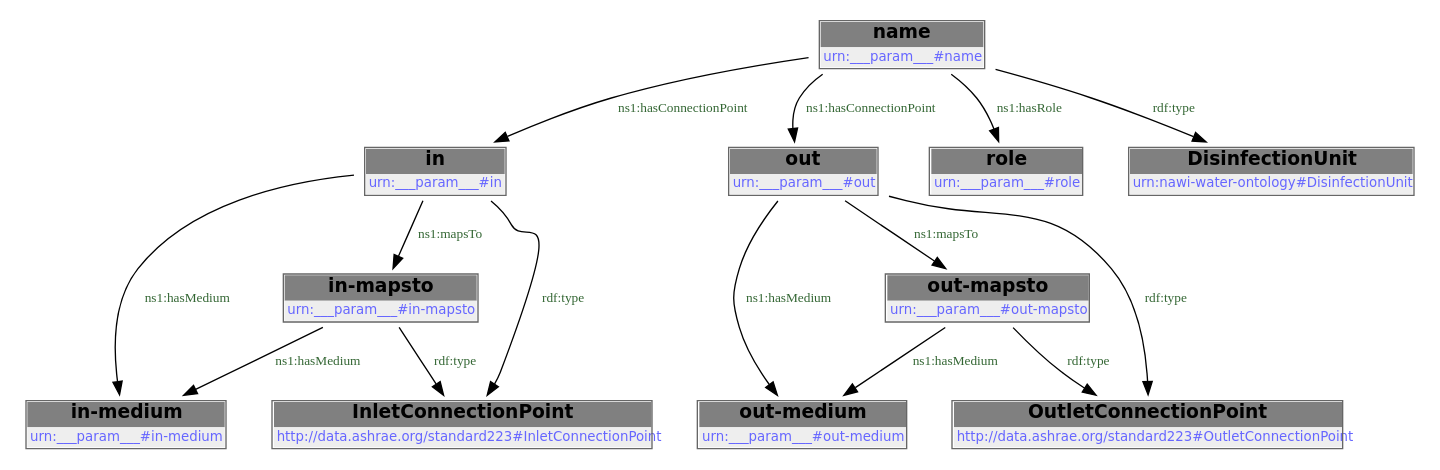
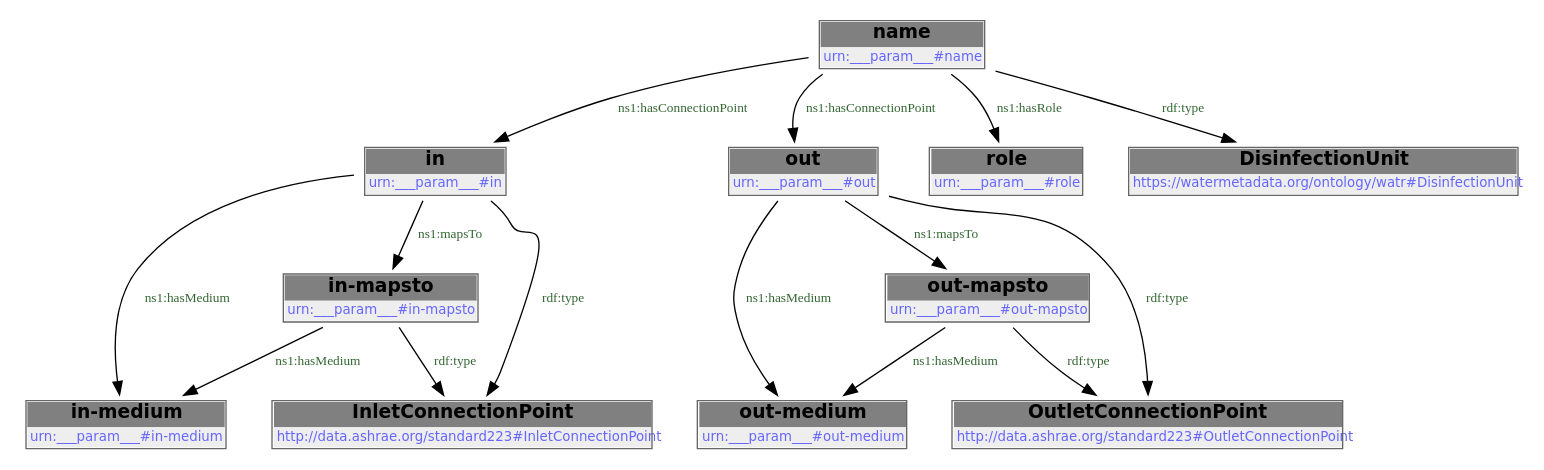
One commit to DataDrivenCPS/water-ontology changed the second of 2 diagrams in docs/libraries/templates/contact-chamber.rst. Above: the diagram before and after it, drawn with Graphviz. The commit also changed other lines of this file and 43 other files, not shown here.

First line of the commit message:
feat: move ontology to https://watermetadata.org base URI

```diff
--- a/docs/libraries/templates/contact-chamber.rst
+++ b/docs/libraries/templates/contact-chamber.rst
@@ -96,30 +96,30 @@
         .. graphviz::
 
                 digraph G {
             node [fontname="DejaVu Sans"];
             node0 -> node1 [color=BLACK, label=< <font point-size='10' color='#336633'>ns1:hasMedium</font> >];
             node2 -> node3 [color=BLACK, label=< <font point-size='10' color='#336633'>ns1:hasMedium</font> >];
             node4 -> node2 [color=BLACK, label=< <font point-size='10' color='#336633'>ns1:hasConnectionPoint</font> >];
             node4 -> node5 [color=BLACK, label=< <font point-size='10' color='#336633'>ns1:hasConnectionPoint</font> >];
             node6 -> node3 [color=BLACK, label=< <font point-size='10' color='#336633'>ns1:hasMedium</font> >];
             node4 -> node7 [color=BLACK, label=< <font point-size='10' color='#336633'>ns1:hasRole</font> >];
             node5 -> node1 [color=BLACK, label=< <font point-size='10' color='#336633'>ns1:hasMedium</font> >];
             node5 -> node8 [color=BLACK, label=< <font point-size='10' color='#336633'>rdf:type</font> >];
             node5 -> node0 [color=BLACK, label=< <font point-size='10' color='#336633'>ns1:mapsTo</font> >];
             node2 -> node9 [color=BLACK, label=< <font point-size='10' color='#336633'>rdf:type</font> >];
             node0 -> node8 [color=BLACK, label=< <font point-size='10' color='#336633'>rdf:type</font> >];
             node6 -> node9 [color=BLACK, label=< <font point-size='10' color='#336633'>rdf:type</font> >];
             node2 -> node6 [color=BLACK, label=< <font point-size='10' color='#336633'>ns1:mapsTo</font> >];
             node4 -> node10 [color=BLACK, label=< <font point-size='10' color='#336633'>rdf:type</font> >];
             node0 [shape=none, color=black, label=< <table color='#666666' cellborder='0' cellspacing='0' border='1'><tr><td colspan='2' bgcolor='grey'><B>out-mapsto</B></td></tr><tr><td href='urn:___param___#out-mapsto' bgcolor='#eeeeee' colspan='2'><font point-size='10' color='#6666ff'>urn:___param___#out-mapsto</font></td></tr></table> >];
             node1 [shape=none, color=black, label=< <table color='#666666' cellborder='0' cellspacing='0' border='1'><tr><td colspan='2' bgcolor='grey'><B>out-medium</B></td></tr><tr><td href='urn:___param___#out-medium' bgcolor='#eeeeee' colspan='2'><font point-size='10' color='#6666ff'>urn:___param___#out-medium</font></td></tr></table> >];
             node2 [shape=none, color=black, label=< <table color='#666666' cellborder='0' cellspacing='0' border='1'><tr><td colspan='2' bgcolor='grey'><B>in</B></td></tr><tr><td href='urn:___param___#in' bgcolor='#eeeeee' colspan='2'><font point-size='10' color='#6666ff'>urn:___param___#in</font></td></tr></table> >];
             node3 [shape=none, color=black, label=< <table color='#666666' cellborder='0' cellspacing='0' border='1'><tr><td colspan='2' bgcolor='grey'><B>in-medium</B></td></tr><tr><td href='urn:___param___#in-medium' bgcolor='#eeeeee' colspan='2'><font point-size='10' color='#6666ff'>urn:___param___#in-medium</font></td></tr></table> >];
             node4 [shape=none, color=black, label=< <table color='#666666' cellborder='0' cellspacing='0' border='1'><tr><td colspan='2' bgcolor='grey'><B>name</B></td></tr><tr><td href='urn:___param___#name' bgcolor='#eeeeee' colspan='2'><font point-size='10' color='#6666ff'>urn:___param___#name</font></td></tr></table> >];
             node5 [shape=none, color=black, label=< <table color='#666666' cellborder='0' cellspacing='0' border='1'><tr><td colspan='2' bgcolor='grey'><B>out</B></td></tr><tr><td href='urn:___param___#out' bgcolor='#eeeeee' colspan='2'><font point-size='10' color='#6666ff'>urn:___param___#out</font></td></tr></table> >];
             node6 [shape=none, color=black, label=< <table color='#666666' cellborder='0' cellspacing='0' border='1'><tr><td colspan='2' bgcolor='grey'><B>in-mapsto</B></td></tr><tr><td href='urn:___param___#in-mapsto' bgcolor='#eeeeee' colspan='2'><font point-size='10' color='#6666ff'>urn:___param___#in-mapsto</font></td></tr></table> >];
             node7 [shape=none, color=black, label=< <table color='#666666' cellborder='0' cellspacing='0' border='1'><tr><td colspan='2' bgcolor='grey'><B>role</B></td></tr><tr><td href='urn:___param___#role' bgcolor='#eeeeee' colspan='2'><font point-size='10' color='#6666ff'>urn:___param___#role</font></td></tr></table> >];
             node8 [shape=none, color=black, label=< <table color='#666666' cellborder='0' cellspacing='0' border='1'><tr><td colspan='2' bgcolor='grey'><B>OutletConnectionPoint</B></td></tr><tr><td href='http://data.ashrae.org/standard223#OutletConnectionPoint' bgcolor='#eeeeee' colspan='2'><font point-size='10' color='#6666ff'>http://data.ashrae.org/standard223#OutletConnectionPoint</font></td></tr></table> >];
             node9 [shape=none, color=black, label=< <table color='#666666' cellborder='0' cellspacing='0' border='1'><tr><td colspan='2' bgcolor='grey'><B>InletConnectionPoint</B></td></tr><tr><td href='http://data.ashrae.org/standard223#InletConnectionPoint' bgcolor='#eeeeee' colspan='2'><font point-size='10' color='#6666ff'>http://data.ashrae.org/standard223#InletConnectionPoint</font></td></tr></table> >];
-            node10 [shape=none, color=black, label=< <table color='#666666' cellborder='0' cellspacing='0' border='1'><tr><td colspan='2' bgcolor='grey'><B>DisinfectionUnit</B></td></tr><tr><td href='urn:nawi-water-ontology#DisinfectionUnit' bgcolor='#eeeeee' colspan='2'><font point-size='10' color='#6666ff'>urn:nawi-water-ontology#DisinfectionUnit</font></td></tr></table> >];
+            node10 [shape=none, color=black, label=< <table color='#666666' cellborder='0' cellspacing='0' border='1'><tr><td colspan='2' bgcolor='grey'><B>DisinfectionUnit</B></td></tr><tr><td href='https://watermetadata.org/ontology/watr#DisinfectionUnit' bgcolor='#eeeeee' colspan='2'><font point-size='10' color='#6666ff'>https://watermetadata.org/ontology/watr#DisinfectionUnit</font></td></tr></table> >];
             }
```
